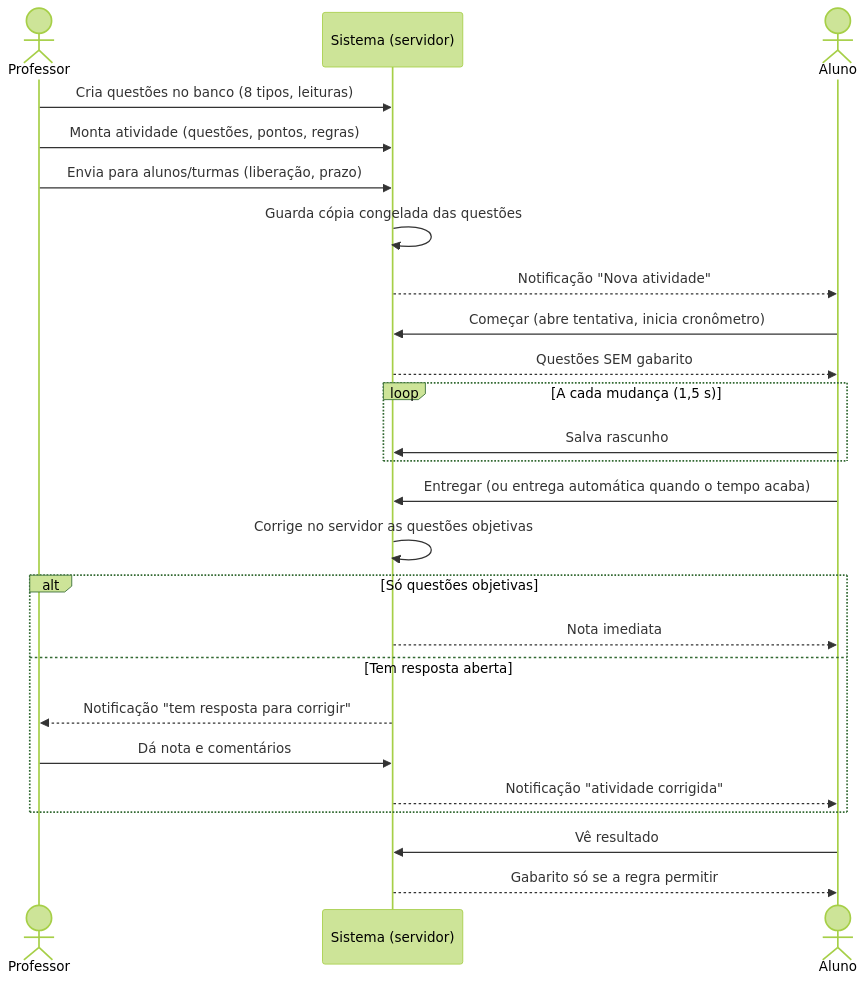
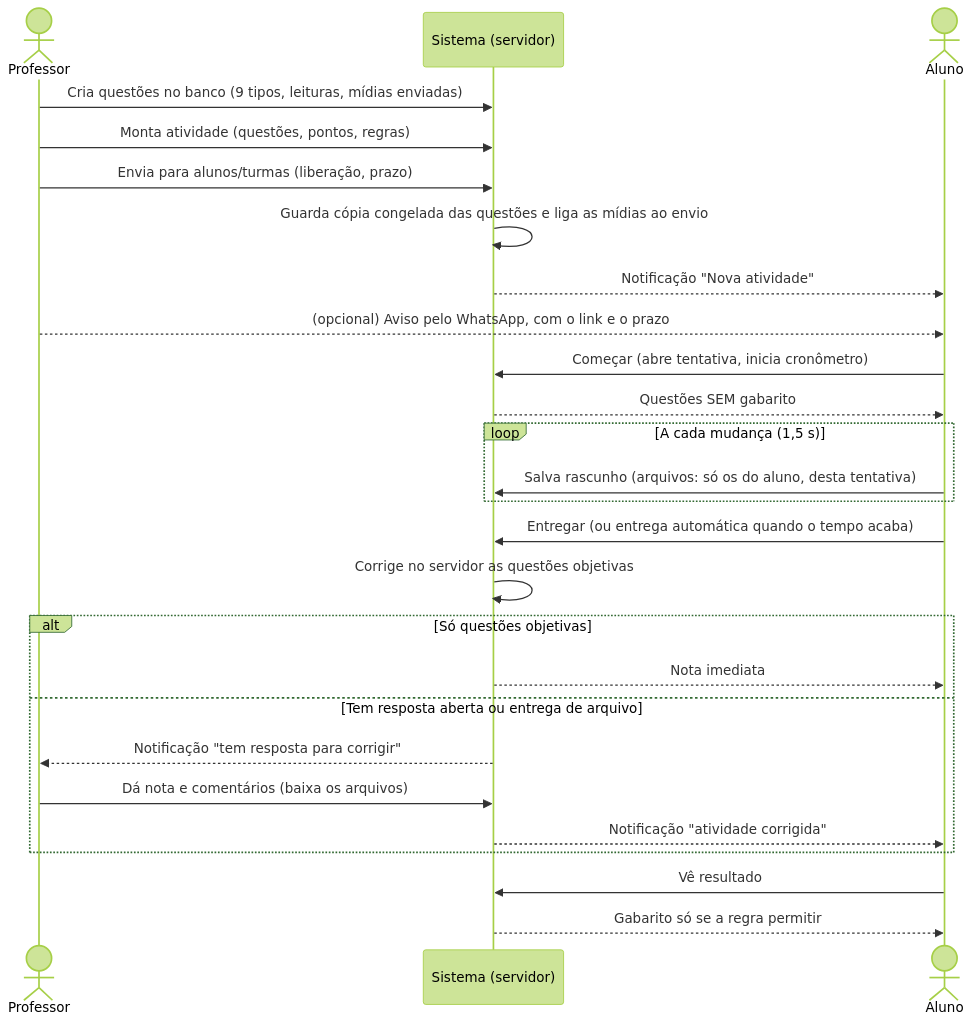
The fifth of 10 diagrams in docs/DIAGRAMA.md (devleandrosilva99/teacher-sarah), drawn with Mermaid (forest theme) before and after one commit. The commit also changed other lines of this file and 3 other files, not shown here.

First line of the commit message:
Fase 2: documentação, diagramas e relatório

````diff
--- a/docs/DIAGRAMA.md
+++ b/docs/DIAGRAMA.md
@@ -159,28 +169,29 @@
 ```mermaid
 sequenceDiagram
     actor Prof as Professor
     participant Sis as Sistema (servidor)
     actor Al as Aluno
 
-    Prof->>Sis: Cria questões no banco (8 tipos, leituras)
+    Prof->>Sis: Cria questões no banco (9 tipos, leituras, mídias enviadas)
     Prof->>Sis: Monta atividade (questões, pontos, regras)
     Prof->>Sis: Envia para alunos/turmas (liberação, prazo)
-    Sis->>Sis: Guarda cópia congelada das questões
+    Sis->>Sis: Guarda cópia congelada das questões e liga as mídias ao envio
     Sis-->>Al: Notificação "Nova atividade"
+    Prof-->>Al: (opcional) Aviso pelo WhatsApp, com o link e o prazo
     Al->>Sis: Começar (abre tentativa, inicia cronômetro)
     Sis-->>Al: Questões SEM gabarito
     loop A cada mudança (1,5 s)
-        Al->>Sis: Salva rascunho
+        Al->>Sis: Salva rascunho (arquivos: só os do aluno, desta tentativa)
     end
     Al->>Sis: Entregar (ou entrega automática quando o tempo acaba)
     Sis->>Sis: Corrige no servidor as questões objetivas
     alt Só questões objetivas
         Sis-->>Al: Nota imediata
-    else Tem resposta aberta
+    else Tem resposta aberta ou entrega de arquivo
         Sis-->>Prof: Notificação "tem resposta para corrigir"
-        Prof->>Sis: Dá nota e comentários
+        Prof->>Sis: Dá nota e comentários (baixa os arquivos)
         Sis-->>Al: Notificação "atividade corrigida"
     end
     Al->>Sis: Vê resultado
     Sis-->>Al: Gabarito só se a regra permitir
 ```
````
